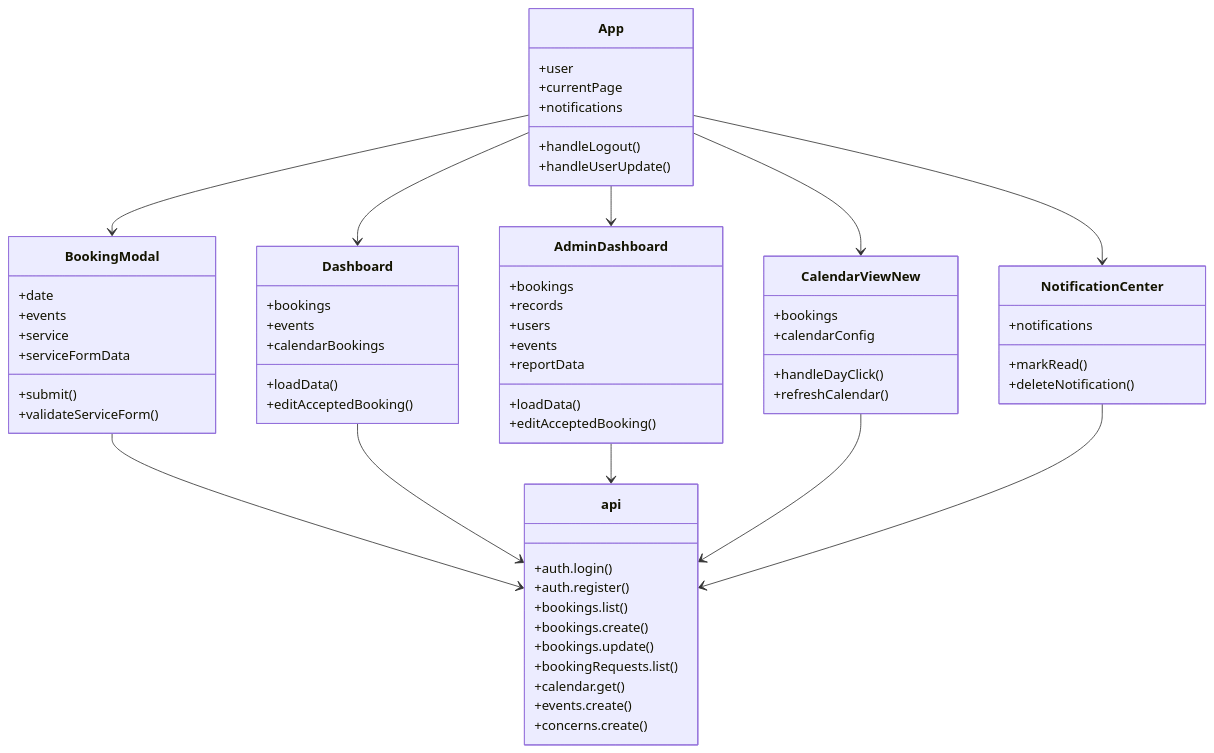
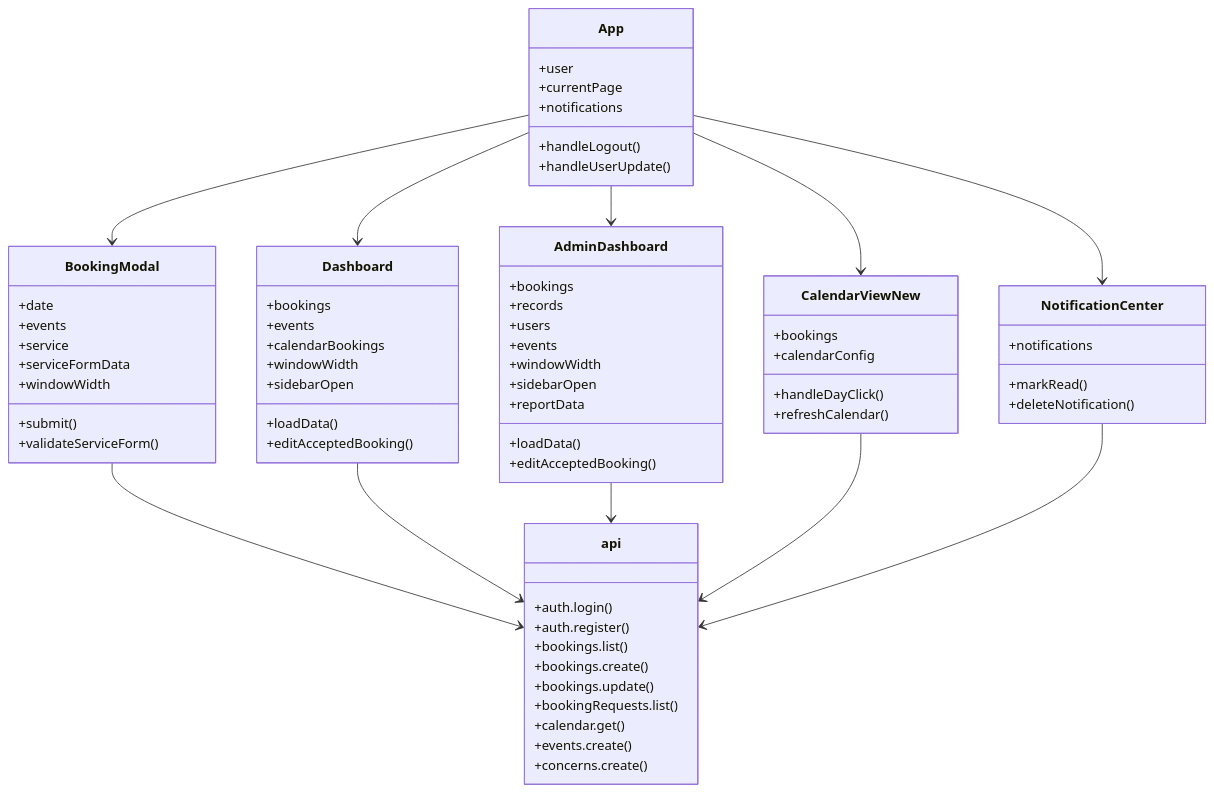
The fifth of 7 diagrams in PROJECT_DIAGRAMS.md (rcamarig-boop/church-booking-system), drawn with Mermaid before and after one commit. The commit also changed other lines of this file, not shown here.

Commit message:
doc: Update PROJECT_DIAGRAMS with responsive design, auto-booking workflow, and mobile patterns

````diff
--- a/PROJECT_DIAGRAMS.md
+++ b/PROJECT_DIAGRAMS.md
@@ -188,73 +202,78 @@
 ```mermaid
 classDiagram
   class App {
     +user
     +currentPage
     +notifications
     +handleLogout()
     +handleUserUpdate()
   }
 
   class BookingModal {
     +date
     +events
     +service
     +serviceFormData
+    +windowWidth
     +submit()
     +validateServiceForm()
   }
 
   class Dashboard {
     +bookings
     +events
     +calendarBookings
+    +windowWidth
+    +sidebarOpen
     +loadData()
     +editAcceptedBooking()
   }
 
   class AdminDashboard {
     +bookings
     +records
     +users
     +events
+    +windowWidth
+    +sidebarOpen
     +loadData()
     +editAcceptedBooking()
     +reportData
   }
 
   class CalendarViewNew {
     +bookings
     +calendarConfig
     +handleDayClick()
     +refreshCalendar()
   }
 
   class NotificationCenter {
     +notifications
     +markRead()
     +deleteNotification()
   }
 
   class api {
     +auth.login()
     +auth.register()
     +bookings.list()
     +bookings.create()
     +bookings.update()
     +bookingRequests.list()
     +calendar.get()
     +events.create()
     +concerns.create()
   }
 
   App --> Dashboard
   App --> AdminDashboard
   App --> BookingModal
   App --> CalendarViewNew
   App --> NotificationCenter
   BookingModal --> api
   Dashboard --> api
   AdminDashboard --> api
   CalendarViewNew --> api
   NotificationCenter --> api
 ```
````
